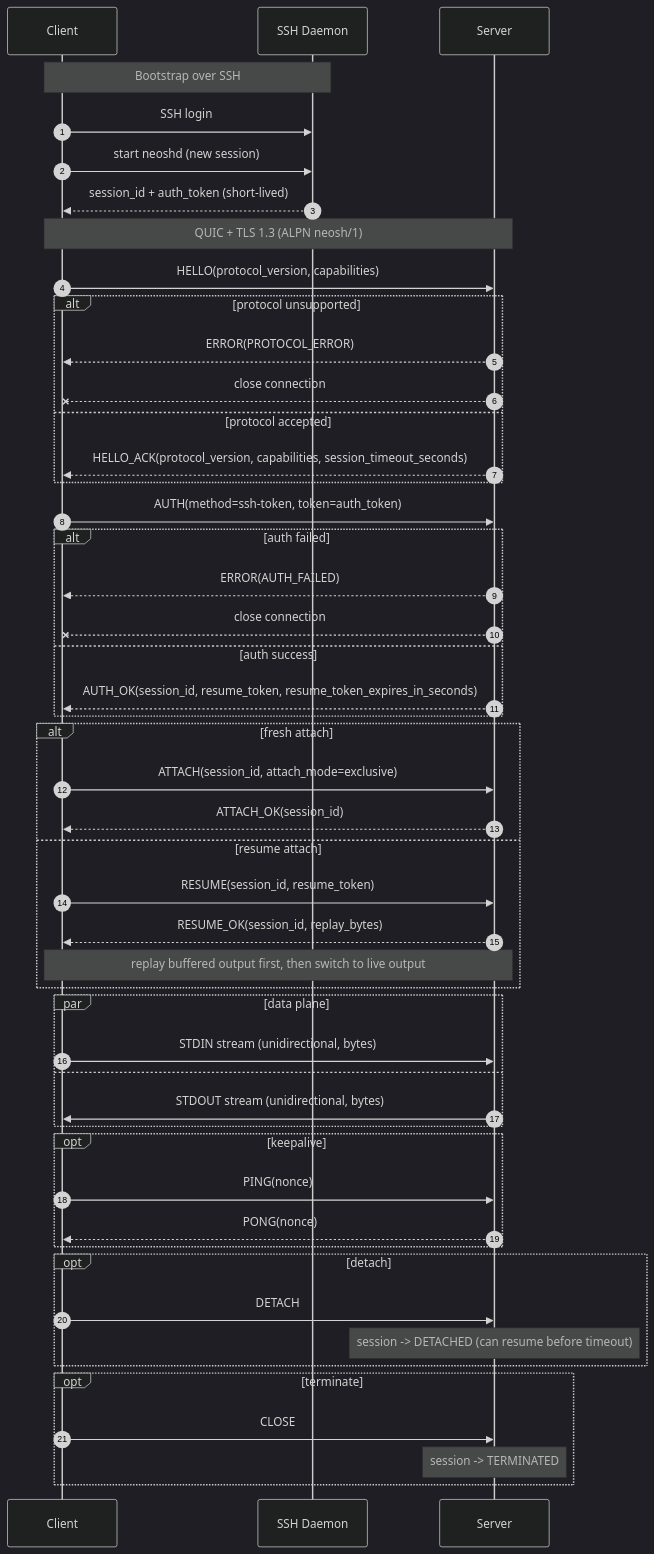
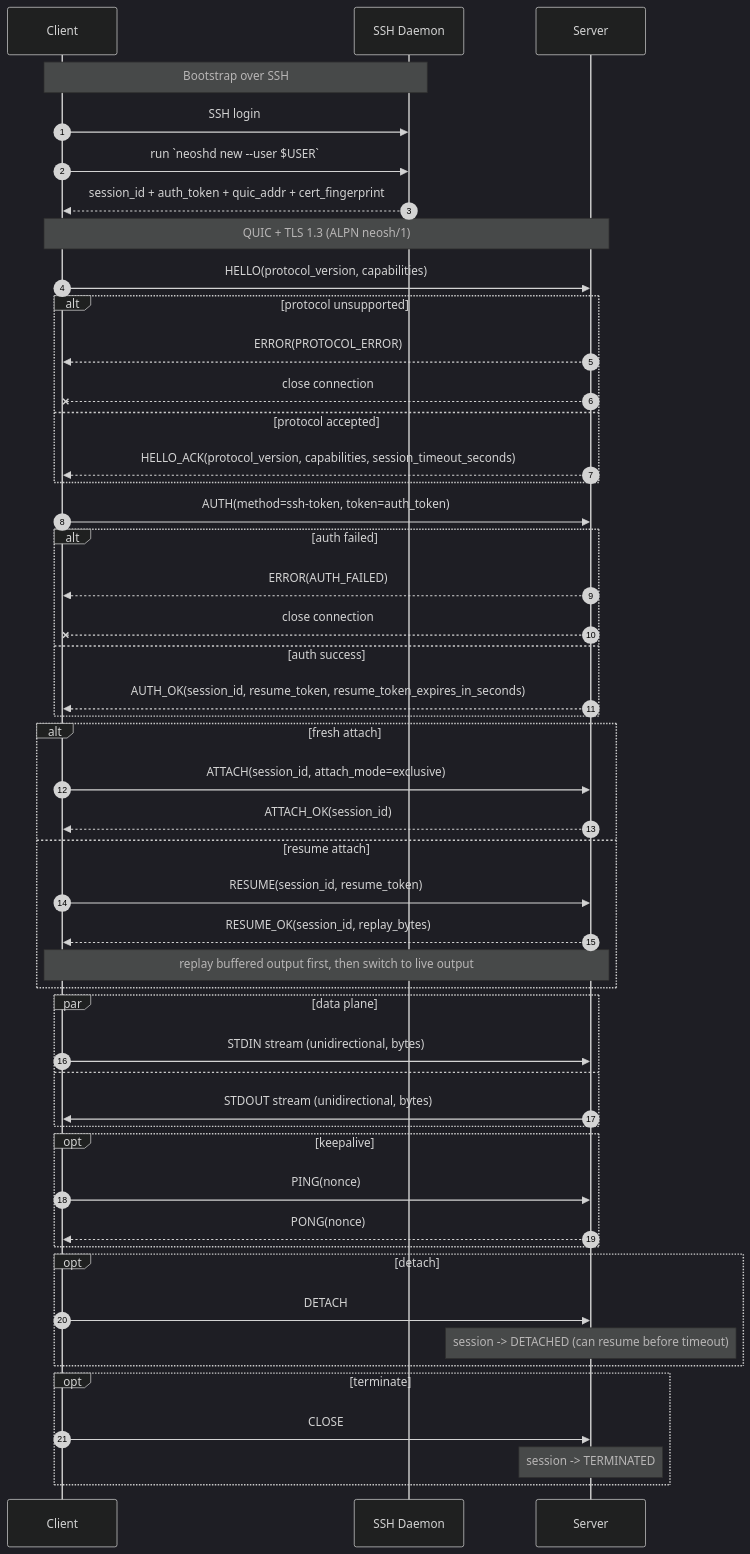
The diagram in README.md (plucury/neosh), drawn with Mermaid (dark theme) before and after one commit. The commit also changed other lines of this file and 4 other files, not shown here.

````diff
--- a/README.md
+++ b/README.md
@@ -10,60 +10,60 @@
 ```mermaid
 sequenceDiagram
     autonumber
     participant C as Client
     participant SSH as SSH Daemon
     participant S as Server
 
     Note over C,SSH: Bootstrap over SSH
     C->>SSH: SSH login
-    C->>SSH: start neoshd (new session)
-    SSH-->>C: session_id + auth_token (short-lived)
+    C->>SSH: run `neoshd new --user $USER`
+    SSH-->>C: session_id + auth_token + quic_addr + cert_fingerprint
 
     Note over C,S: QUIC + TLS 1.3 (ALPN neosh/1)
 
     C->>S: HELLO(protocol_version, capabilities)
     alt protocol unsupported
         S-->>C: ERROR(PROTOCOL_ERROR)
         S--xC: close connection
     else protocol accepted
         S-->>C: HELLO_ACK(protocol_version, capabilities, session_timeout_seconds)
     end
 
     C->>S: AUTH(method=ssh-token, token=auth_token)
     alt auth failed
         S-->>C: ERROR(AUTH_FAILED)
         S--xC: close connection
     else auth success
         S-->>C: AUTH_OK(session_id, resume_token, resume_token_expires_in_seconds)
     end
 
     alt fresh attach
         C->>S: ATTACH(session_id, attach_mode=exclusive)
         S-->>C: ATTACH_OK(session_id)
     else resume attach
         C->>S: RESUME(session_id, resume_token)
         S-->>C: RESUME_OK(session_id, replay_bytes)
         Note over S,C: replay buffered output first, then switch to live output
     end
 
     par data plane
         C->>S: STDIN stream (unidirectional, bytes)
     and
         S->>C: STDOUT stream (unidirectional, bytes)
     end
 
     opt keepalive
         C->>S: PING(nonce)
         S-->>C: PONG(nonce)
     end
 
     opt detach
         C->>S: DETACH
         Note over S: session -> DETACHED (can resume before timeout)
     end
 
     opt terminate
         C->>S: CLOSE
         Note over S: session -> TERMINATED
     end
 ```
````
